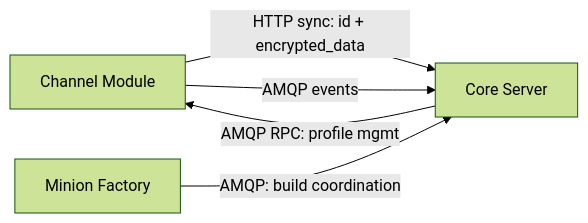
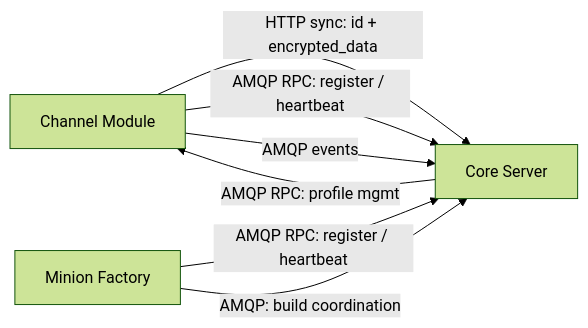
One commit to vibe-c2/vibe-c2-docs changed the diagram in src/content/docs/contracts/overview.md. Above: the diagram before and after it, drawn with Mermaid (forest theme). The commit also changed other lines of this file and 8 other files, not shown here.

````diff
--- a/src/content/docs/contracts/overview.md
+++ b/src/content/docs/contracts/overview.md
@@ -27,11 +42,13 @@
 ```mermaid
 graph LR
     CH[Channel Module]
     CS[Core Server]
     IP[Minion Factory]
 
     CH -- "HTTP sync: id + encrypted_data" --> CS
+    CH -- "AMQP RPC: register / heartbeat" --> CS
     CS -- "AMQP RPC: profile mgmt" --> CH
     CH -- "AMQP events" --> CS
+    IP -- "AMQP RPC: register / heartbeat" --> CS
     IP -- "AMQP: build coordination" --> CS
 ```
````
